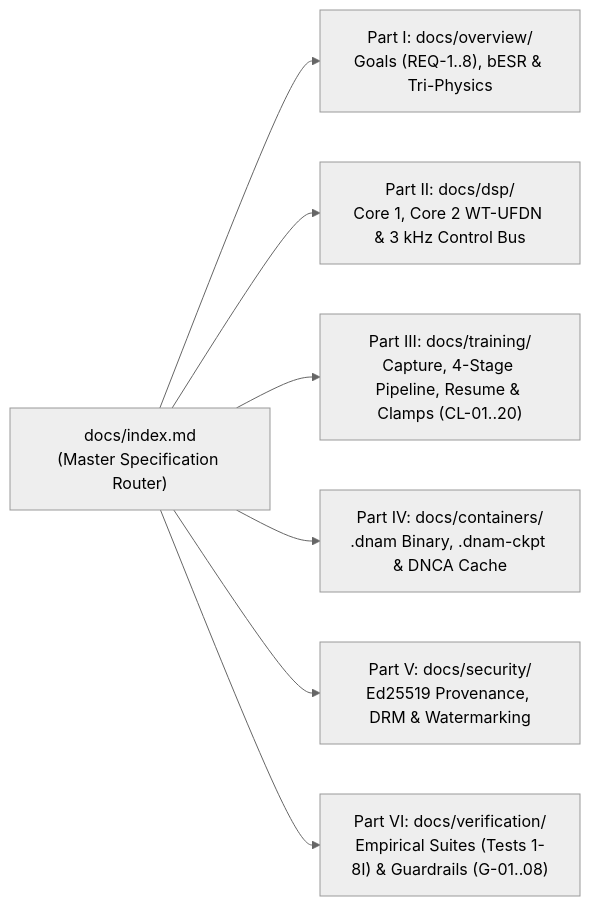
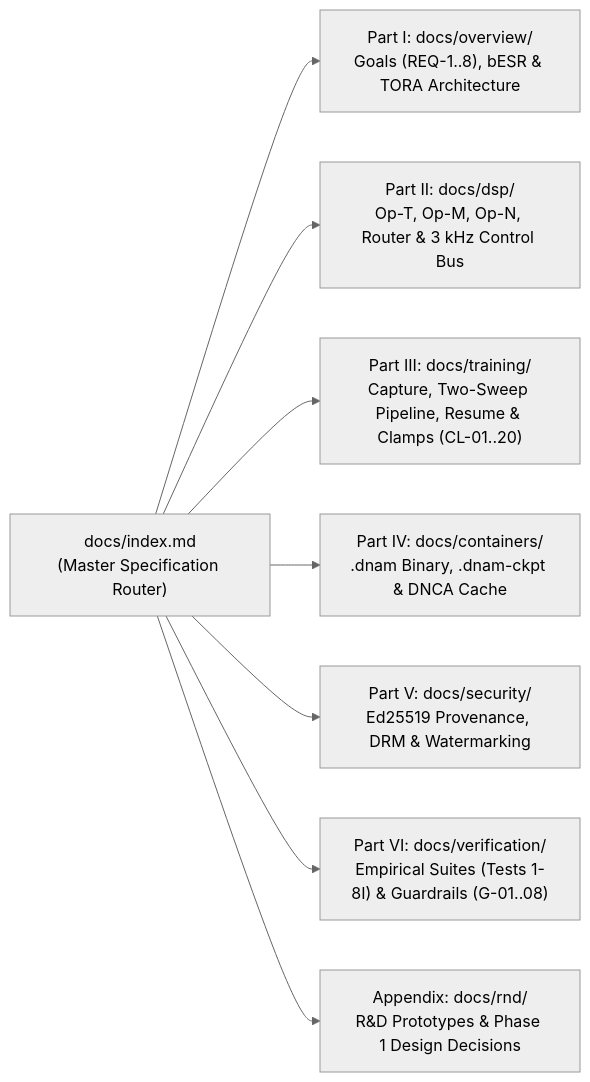
The diagram in docs/CONTRIBUTING.md (dnam-project/dnam), drawn with Mermaid (neutral theme) before and after one commit. The commit also changed other lines of this file and 105 other files, not shown here.

First line of the commit message:
docs: close TORA Phase 1 design reconciliation

````diff
--- a/docs/CONTRIBUTING.md
+++ b/docs/CONTRIBUTING.md
@@ -30,9 +30,10 @@
 ```mermaid
 flowchart LR
-    Idx["docs/index.md<br/>(Master Specification Router)"] --> P1["Part I: docs/overview/<br/>Goals (REQ-1..8), bESR & Tri-Physics"]
-    Idx --> P2["Part II: docs/dsp/<br/>Core 1, Core 2 WT-UFDN & 3 kHz Control Bus"]
-    Idx --> P3["Part III: docs/training/<br/>Capture, 4-Stage Pipeline, Resume & Clamps (CL-01..20)"]
+    Idx["docs/index.md<br/>(Master Specification Router)"] --> P1["Part I: docs/overview/<br/>Goals (REQ-1..8), bESR & TORA Architecture"]
+    Idx --> P2["Part II: docs/dsp/<br/>Op-T, Op-M, Op-N, Router & 3 kHz Control Bus"]
+    Idx --> P3["Part III: docs/training/<br/>Capture, Two-Sweep Pipeline, Resume & Clamps (CL-01..20)"]
     Idx --> P4["Part IV: docs/containers/<br/>.dnam Binary, .dnam-ckpt & DNCA Cache"]
     Idx --> P5["Part V: docs/security/<br/>Ed25519 Provenance, DRM & Watermarking"]
     Idx --> P6["Part VI: docs/verification/<br/>Empirical Suites (Tests 1-8I) & Guardrails (G-01..08)"]
+    Idx --> P7["Appendix: docs/rnd/<br/>R&D Prototypes & Phase 1 Design Decisions"]
 ```
````
